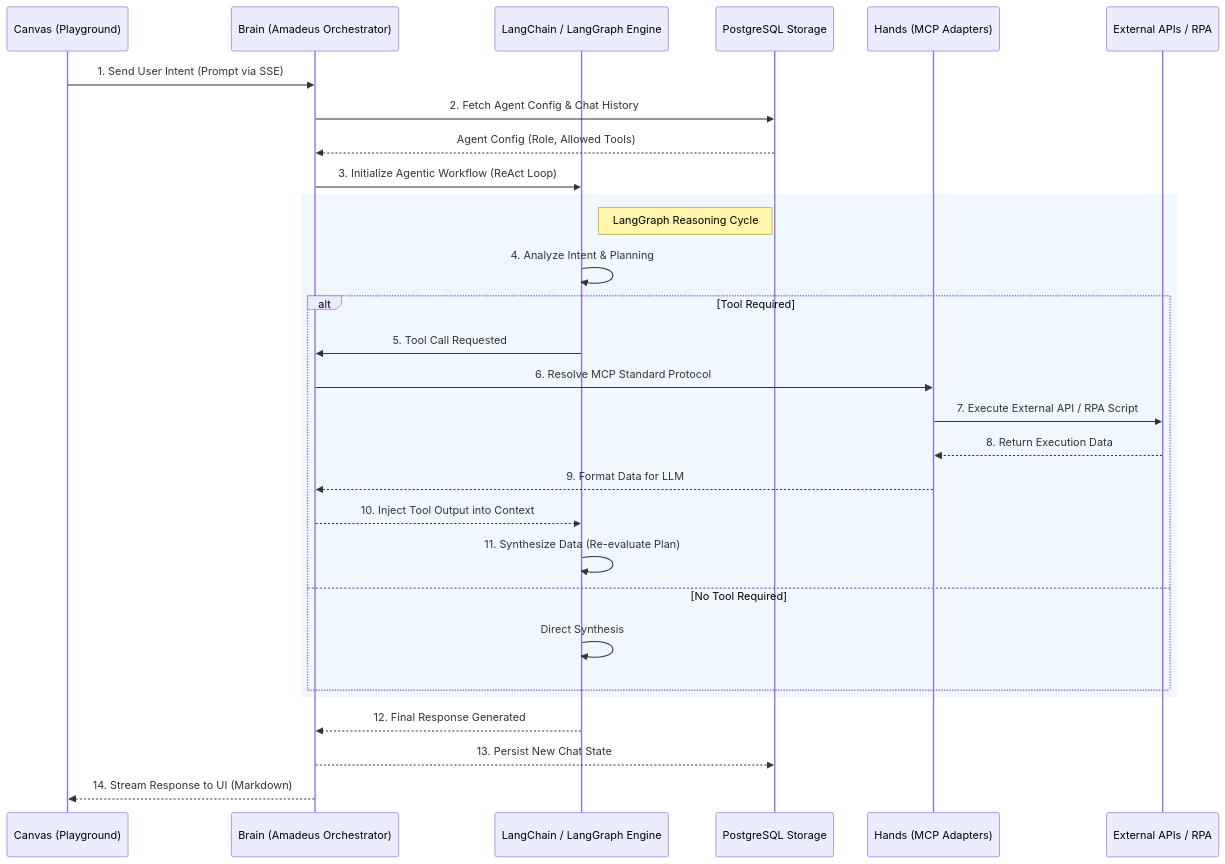
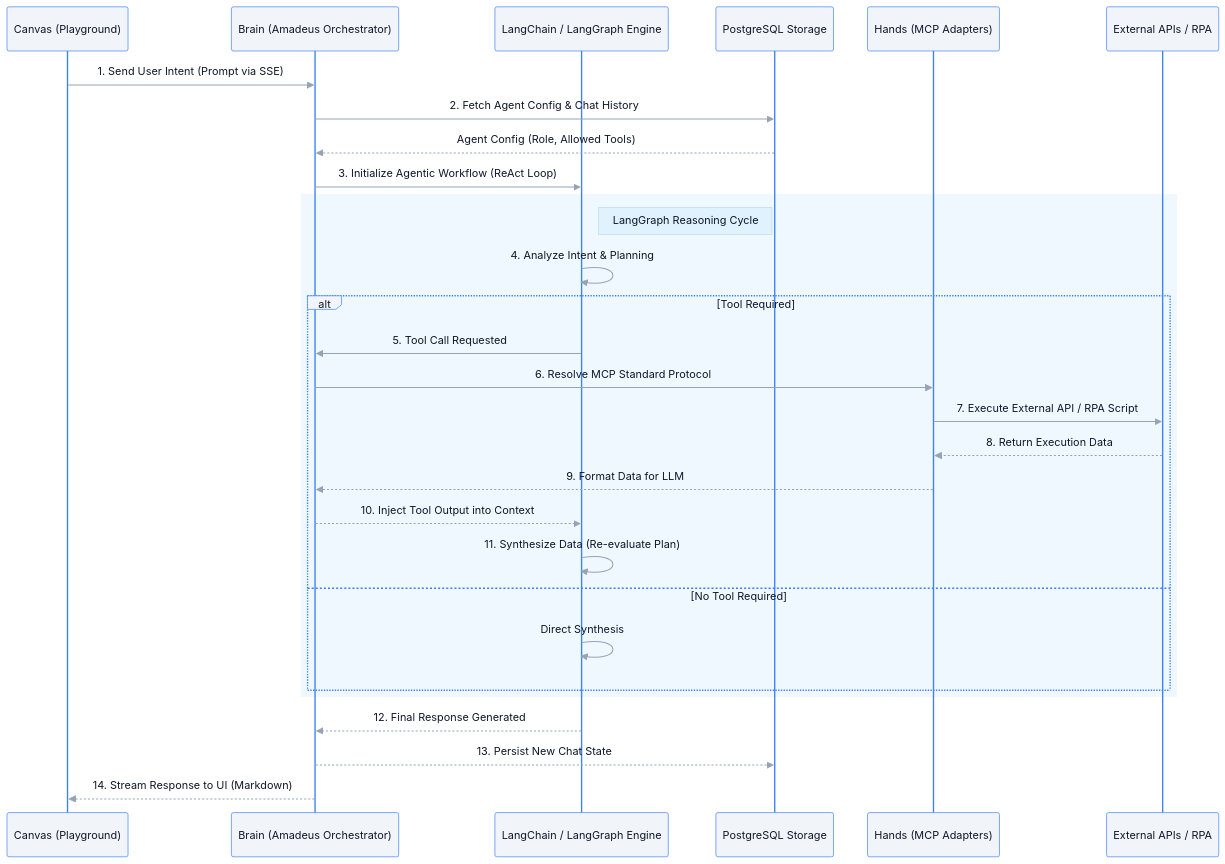
Before and after one commit to Engineering-Reality/kachponz: the first of 4 diagrams in README.md, drawn with Mermaid. The commit also changed other lines of this file, not shown here.

Commit message:
docs: style mermaid charts for dark mode visibility

````diff
--- a/README.md
+++ b/README.md
@@ -20,35 +20,36 @@
 ```mermaid
+%%{init: {'theme': 'base', 'themeVariables': { 'primaryColor': '#f8fafc', 'primaryTextColor': '#0f172a', 'primaryBorderColor': '#3b82f6', 'lineColor': '#94a3b8', 'noteBkgColor': '#e0f2fe', 'noteTextColor': '#0f172a', 'actorBkg': '#f1f5f9', 'actorTextColor': '#0f172a', 'signalColor': '#94a3b8'}}}%%
 sequenceDiagram
     participant User as Canvas (Playground)
     participant Core as Brain (Amadeus Orchestrator)
     participant LC as LangChain / LangGraph Engine
     participant DB as PostgreSQL Storage
     participant MCP as Hands (MCP Adapters)
     participant External as External APIs / RPA
 
     User->>Core: 1. Send User Intent (Prompt via SSE)
     Core->>DB: 2. Fetch Agent Config & Chat History
     DB-->>Core: Agent Config (Role, Allowed Tools)
     Core->>LC: 3. Initialize Agentic Workflow (ReAct Loop)
     
     rect rgb(240, 248, 255)
         note right of LC: LangGraph Reasoning Cycle
         LC->>LC: 4. Analyze Intent & Planning
         
         alt Tool Required
             LC->>Core: 5. Tool Call Requested
             Core->>MCP: 6. Resolve MCP Standard Protocol
             MCP->>External: 7. Execute External API / RPA Script
             External-->>MCP: 8. Return Execution Data
             MCP-->>Core: 9. Format Data for LLM
             Core-->>LC: 10. Inject Tool Output into Context
             LC->>LC: 11. Synthesize Data (Re-evaluate Plan)
         else No Tool Required
             LC->>LC: Direct Synthesis
         end
     end
     
     LC-->>Core: 12. Final Response Generated
     Core-->>DB: 13. Persist New Chat State
     Core-->>User: 14. Stream Response to UI (Markdown)
 ```
````
